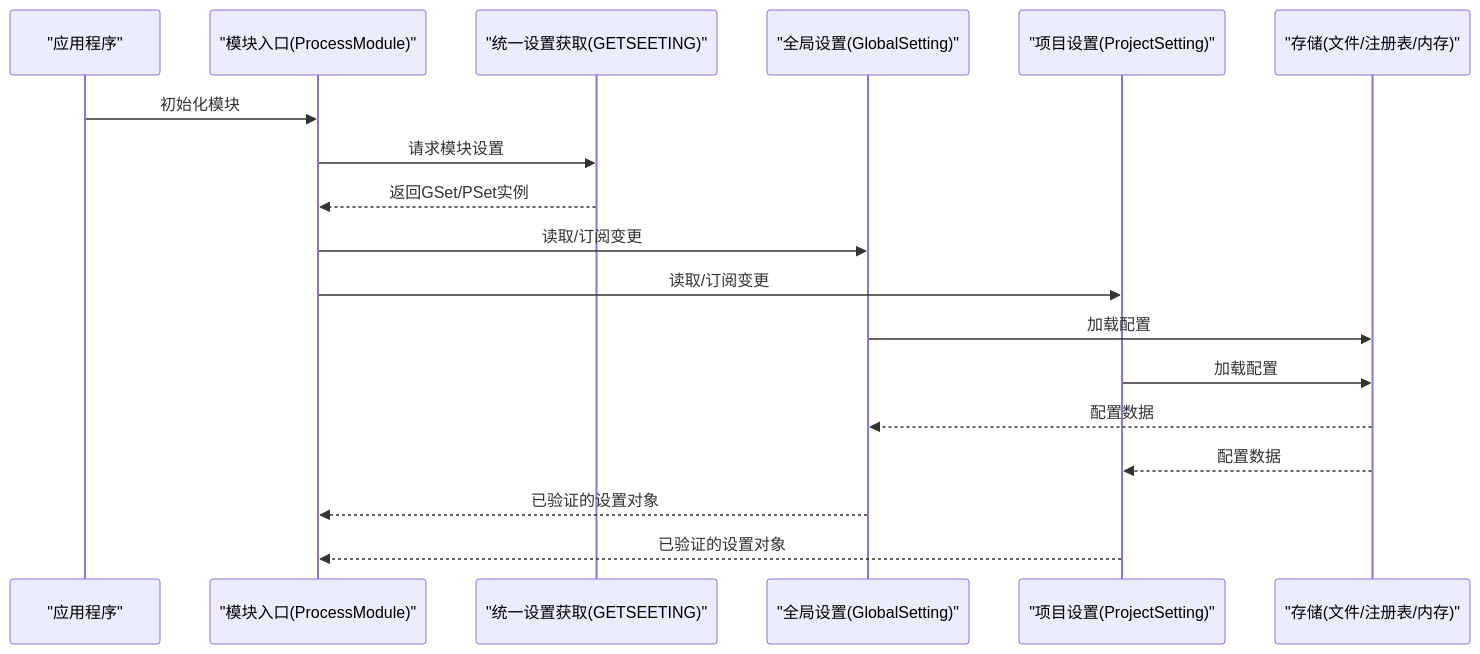
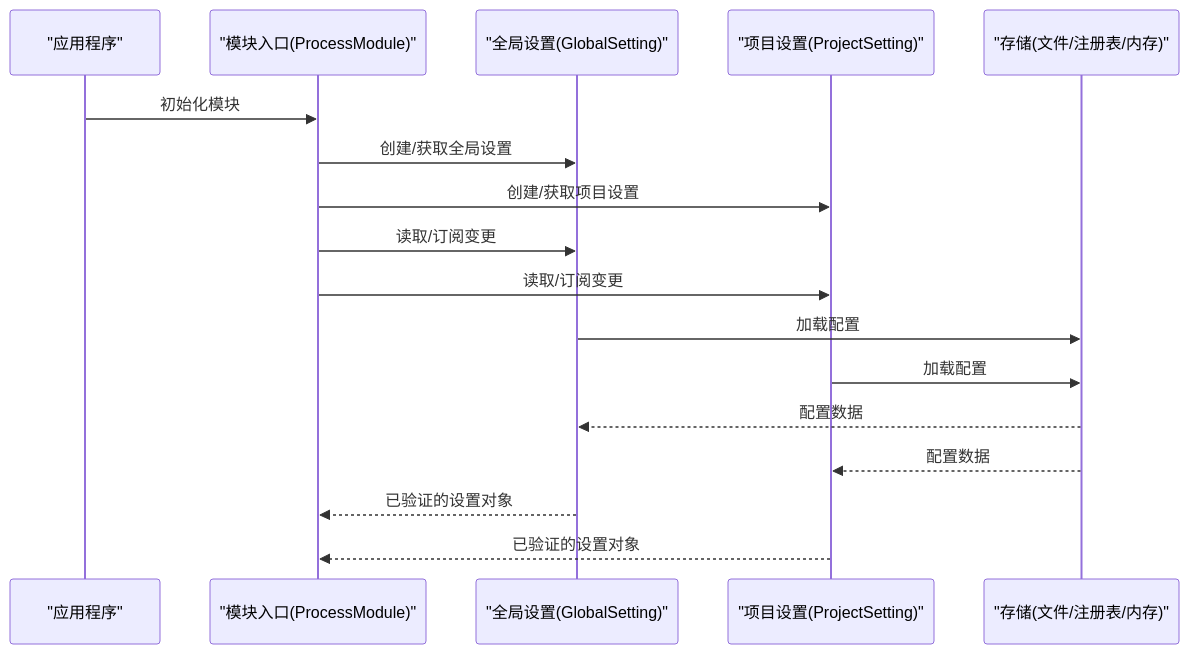
Before and after one commit to fuweiq94-cloud/339918076: the second of 6 diagrams in .qoder/repowiki/zh/content/配置管理.md, drawn with Mermaid. The commit also changed other lines of this file and 84 other files, not shown here.

````diff
--- a/.qoder/repowiki/zh/content/配置管理.md
+++ b/.qoder/repowiki/zh/content/配置管理.md
@@ -102,20 +97,19 @@
 ```mermaid
 sequenceDiagram
 participant App as "应用程序"
 participant Module as "模块入口(ProcessModule)"
-participant Getter as "统一设置获取(GETSEETING)"
 participant GSet as "全局设置(GlobalSetting)"
 participant PSet as "项目设置(ProjectSetting)"
 participant Store as "存储(文件/注册表/内存)"
 App->>Module : 初始化模块
-Module->>Getter : 请求模块设置
-Getter-->>Module : 返回GSet/PSet实例
+Module->>GSet : 创建/获取全局设置
+Module->>PSet : 创建/获取项目设置
 Module->>GSet : 读取/订阅变更
 Module->>PSet : 读取/订阅变更
 GSet->>Store : 加载配置
 PSet->>Store : 加载配置
 Store-->>GSet : 配置数据
 Store-->>PSet : 配置数据
 GSet-->>Module : 已验证的设置对象
 PSet-->>Module : 已验证的设置对象
 ```
````
